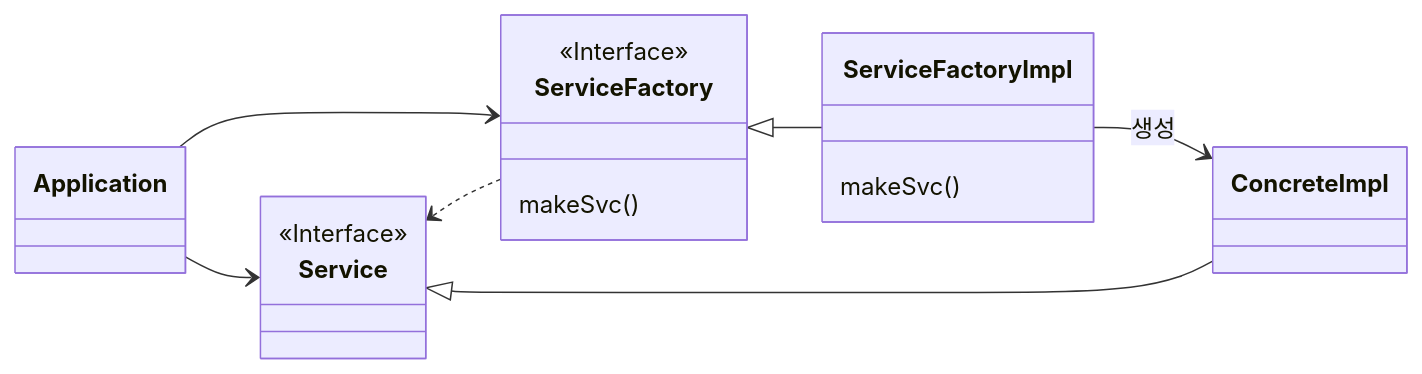
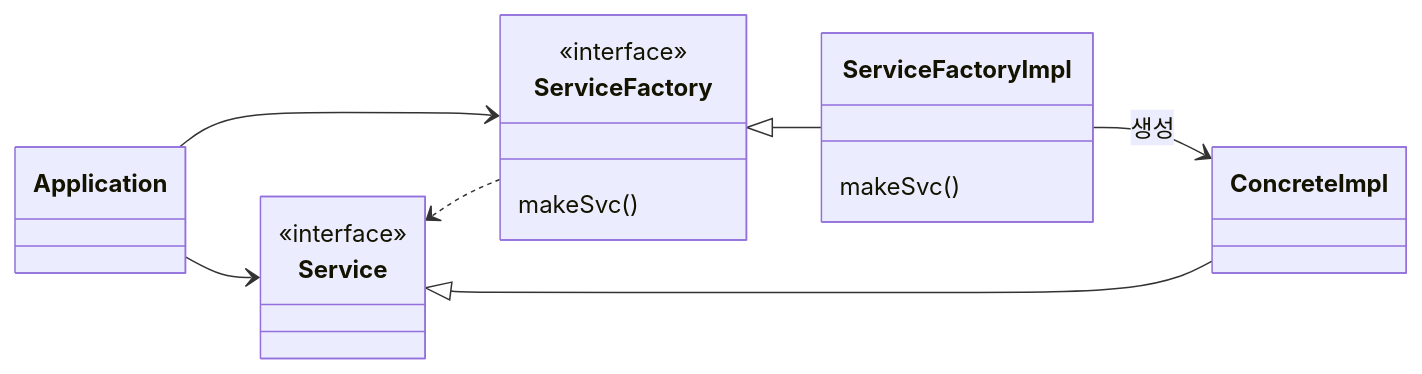
The second of 4 diagrams in _notes/oop/solid/5-dip.md (choesimin/choesimin.github.io), drawn with Mermaid before and after one commit. The commit also changed other lines of this file and 10 other files, not shown here.

````diff
--- a/_notes/oop/solid/5-dip.md
+++ b/_notes/oop/solid/5-dip.md
@@ -85,24 +85,24 @@
 ```mermaid
 classDiagram
 direction LR
 
 class Application
 class Service {
-    <<Interface>>
+    <<interface>>
 }
 class ServiceFactory {
-    <<Interface>>
+    <<interface>>
     makeSvc()
 }
 class ServiceFactoryImpl {
     makeSvc()
 }
 class ConcreteImpl
 
 Application --> Service
 Application --> ServiceFactory
 Service <.. ServiceFactory
 ServiceFactory <|-- ServiceFactoryImpl
 ServiceFactoryImpl --> ConcreteImpl : 생성
 ConcreteImpl --|> Service
 ```
````
